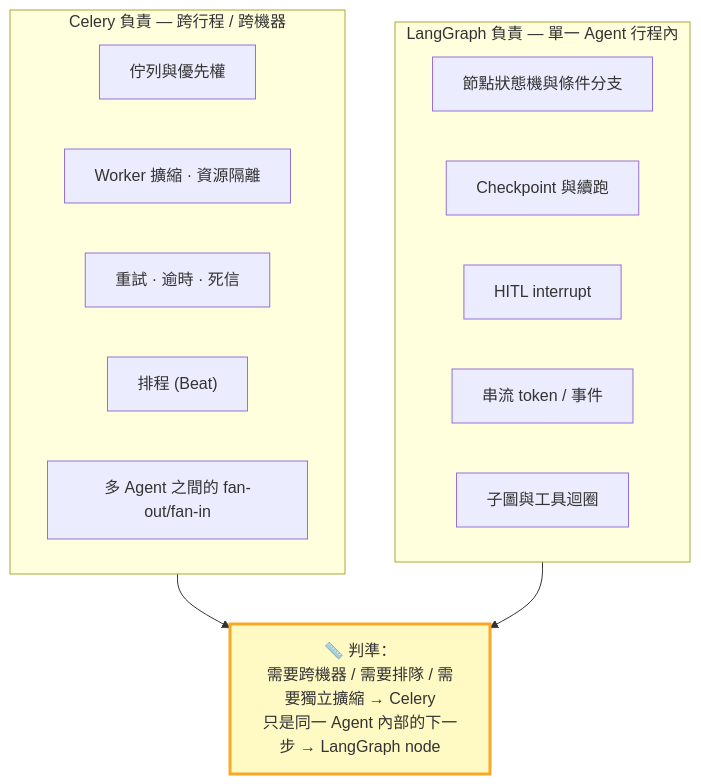
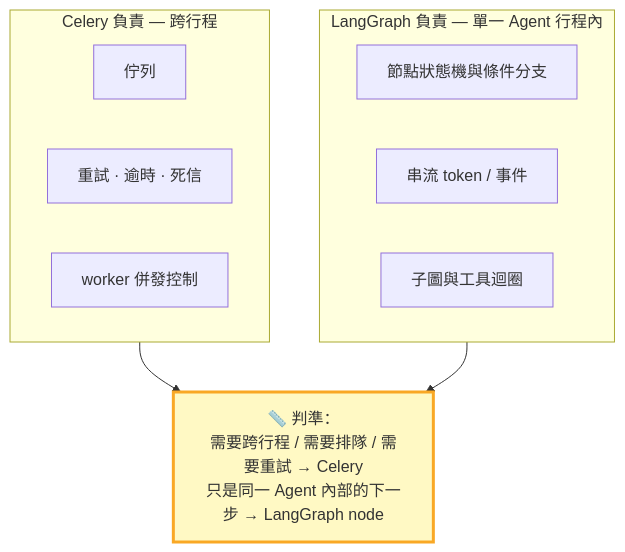
Before and after one commit to william9998/Zentra: the seventh of 11 diagrams in docs/architecture/detailed-architecture.md, drawn with Mermaid. The commit also changed other lines of this file and 50 other files, not shown here.

````diff
--- a/docs/architecture/detailed-architecture.md
+++ b/docs/architecture/detailed-architecture.md
@@ -429,21 +348,17 @@
 ```mermaid
 graph TB
-    subgraph CEL["Celery 負責 — 跨行程 / 跨機器"]
-        C1["佇列與優先權"]
-        C2["Worker 擴縮 · 資源隔離"]
-        C3["重試 · 逾時 · 死信"]
-        C4["排程 (Beat)"]
-        C5["多 Agent 之間的 fan-out/fan-in"]
+    subgraph CEL["Celery 負責 — 跨行程"]
+        C1["佇列"]
+        C2["重試 · 逾時 · 死信"]
+        C3["worker 併發控制"]
     end
     subgraph LG["LangGraph 負責 — 單一 Agent 行程內"]
         L1["節點狀態機與條件分支"]
-        L2["Checkpoint 與續跑"]
-        L3["HITL interrupt"]
-        L4["串流 token / 事件"]
-        L5["子圖與工具迴圈"]
+        L2["串流 token / 事件"]
+        L3["子圖與工具迴圈"]
     end
-    RULE["📏 判準：<br/>需要跨機器 / 需要排隊 / 需要獨立擴縮 → Celery<br/>只是同一 Agent 內部的下一步 → LangGraph node"]
+    RULE["📏 判準：<br/>需要跨行程 / 需要排隊 / 需要重試 → Celery<br/>只是同一 Agent 內部的下一步 → LangGraph node"]
     CEL --> RULE
     LG --> RULE
     style RULE fill:#fff9c4,stroke:#f9a825,stroke-width:3px
 ```
````
